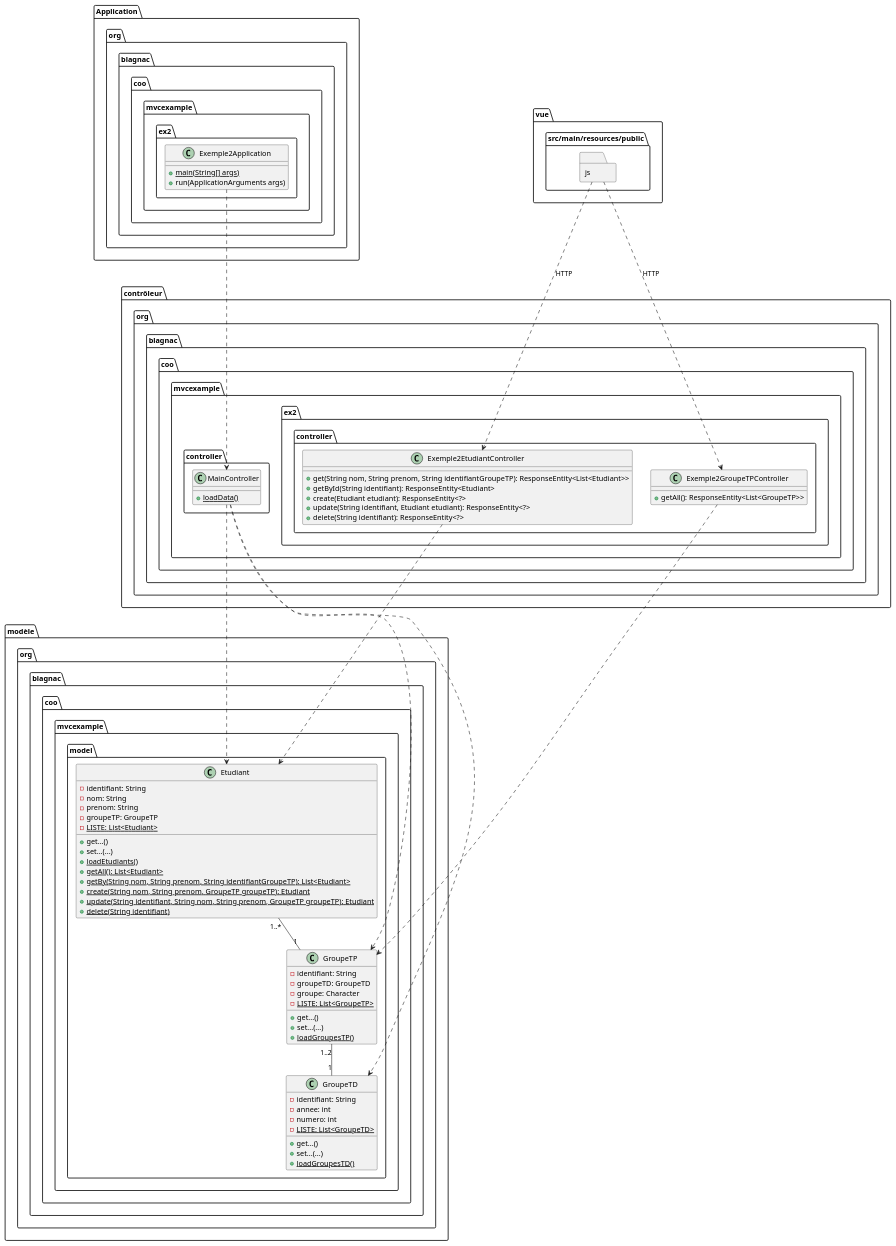
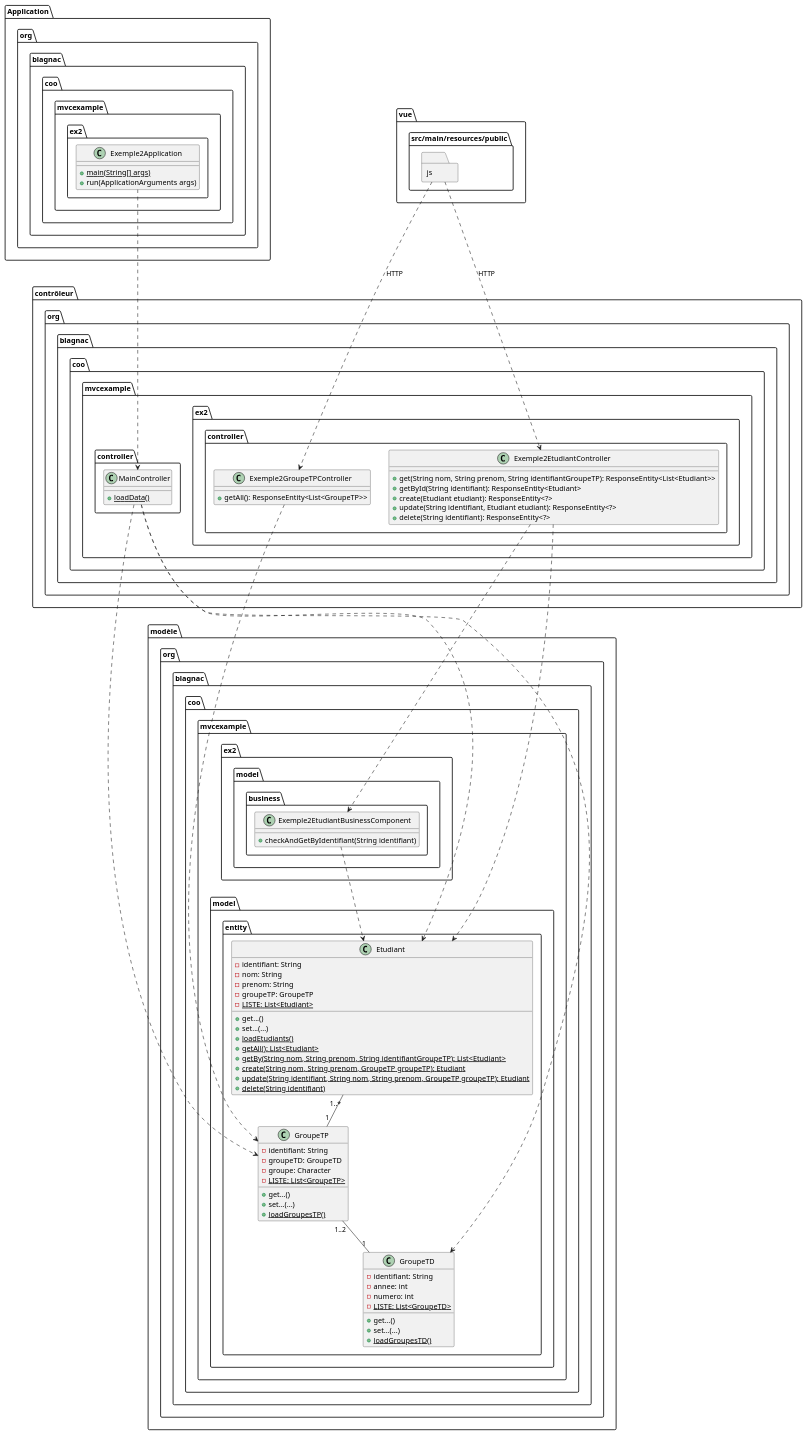
Before and after one commit to tgoubin/mvc-example: the fourth of 4 diagrams in src/main/doc/exemple2.adoc, drawn with PlantUML. The commit also changed other lines of this file and 4 other files, not shown here.

```diff
--- a/src/main/doc/exemple2.adoc
+++ b/src/main/doc/exemple2.adoc
@@ -365,7 +391,13 @@
 }
 
 folder modèle {
-	package org.blagnac.coo.mvcexample.model {
+	package org.blagnac.coo.mvcexample.ex2.model.business {
+		class Exemple2EtudiantBusinessComponent {
+			+ checkAndGetByIdentifiant(String identifiant)
+		}
+	}
+
+	package org.blagnac.coo.mvcexample.model.entity {
 	    class Etudiant {
 	        - identifiant: String
 	        - nom: String
@@ -406,6 +438,8 @@
 
 js ..> Exemple2EtudiantController: HTTP
 js ..> Exemple2GroupeTPController: HTTP
+Exemple2EtudiantController ..> Exemple2EtudiantBusinessComponent
+Exemple2EtudiantBusinessComponent ..> Etudiant
 Exemple2EtudiantController ..> Etudiant
 Exemple2GroupeTPController ..> GroupeTP
 
```
